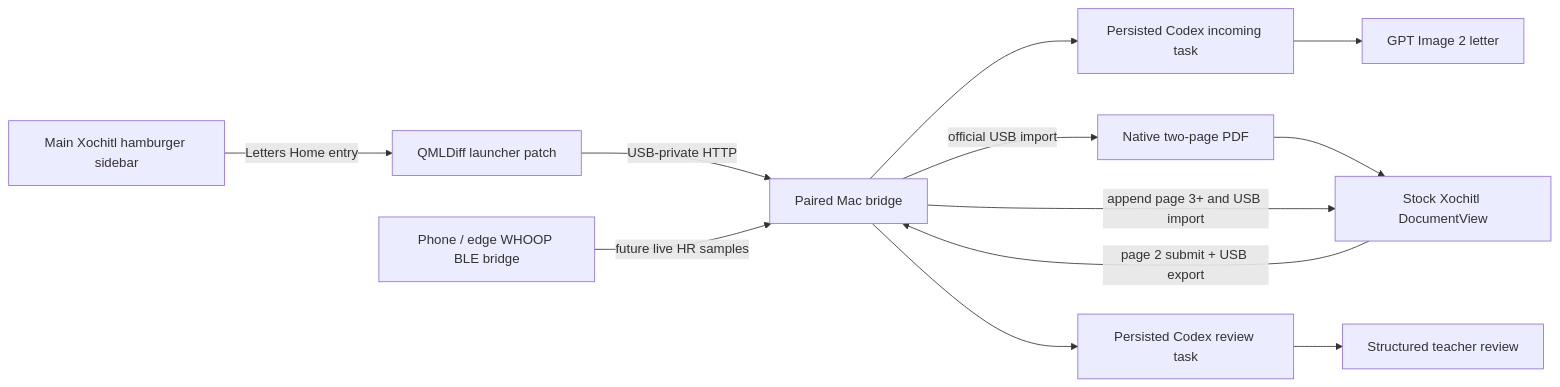
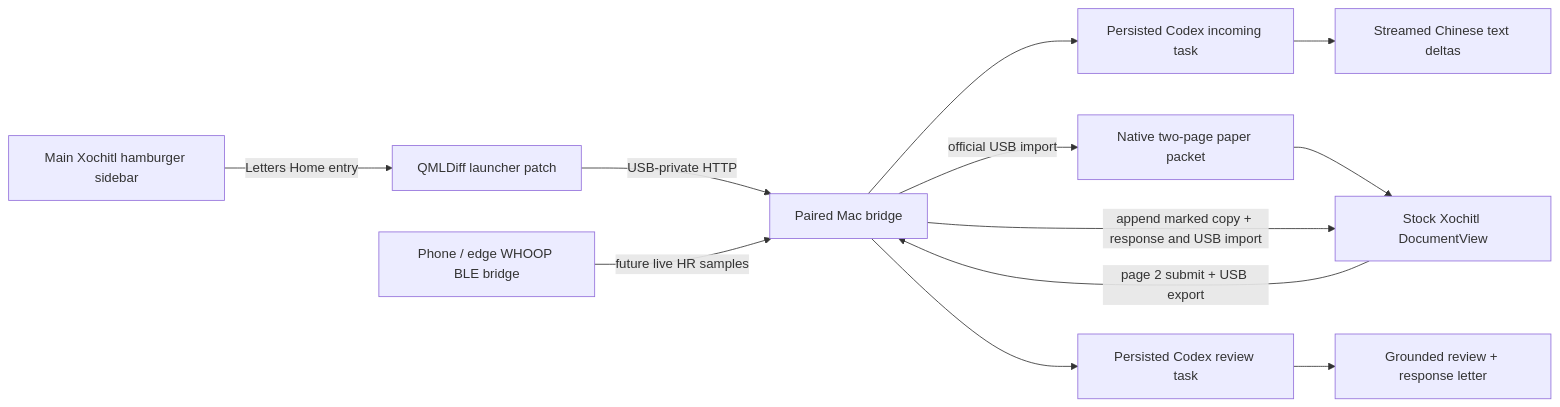
Before and after one commit to erniesg/if-letters-home-could-sing: the diagram in docs/architecture.md, drawn with Mermaid. The commit also changed other lines of this file and 13 other files, not shown here.

````diff
--- a/docs/architecture.md
+++ b/docs/architecture.md
@@ -16,14 +16,14 @@
 ```mermaid
 flowchart LR
     A["Main Xochitl hamburger sidebar"] -->|"Letters Home entry"| B["QMLDiff launcher patch"]
     B -->|"USB-private HTTP"| C["Paired Mac bridge"]
     C --> D["Persisted Codex incoming task"]
-    D --> E["GPT Image 2 letter"]
-    C -->|"official USB import"| F["Native two-page PDF"]
+    D --> E["Streamed Chinese text deltas"]
+    C -->|"official USB import"| F["Native two-page paper packet"]
     F --> G["Stock Xochitl DocumentView"]
     G -->|"page 2 submit + USB export"| C
     C --> H["Persisted Codex review task"]
-    H --> I["Structured teacher review"]
-    C -->|"append page 3+ and USB import"| G
+    H --> I["Grounded review + response letter"]
+    C -->|"append marked copy + response and USB import"| G
     J["Phone / edge WHOOP BLE bridge"] -->|"future live HR samples"| C
 ```
````
